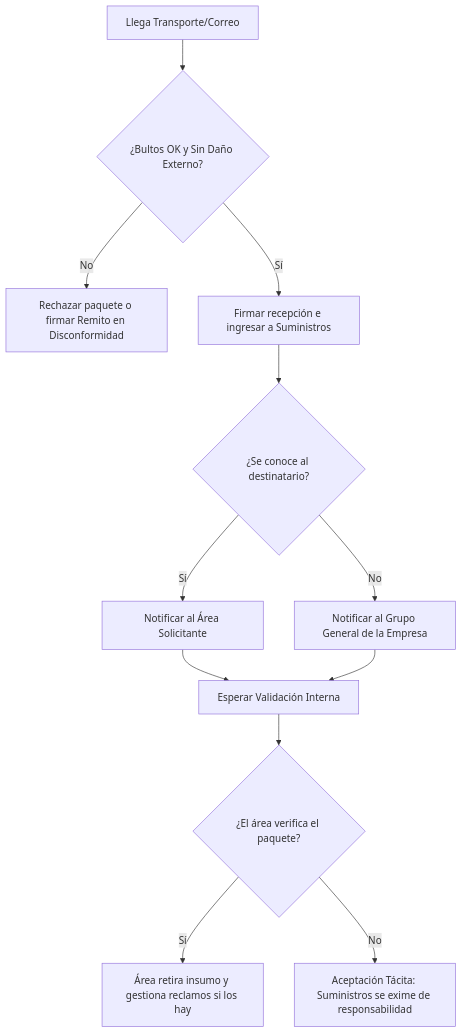
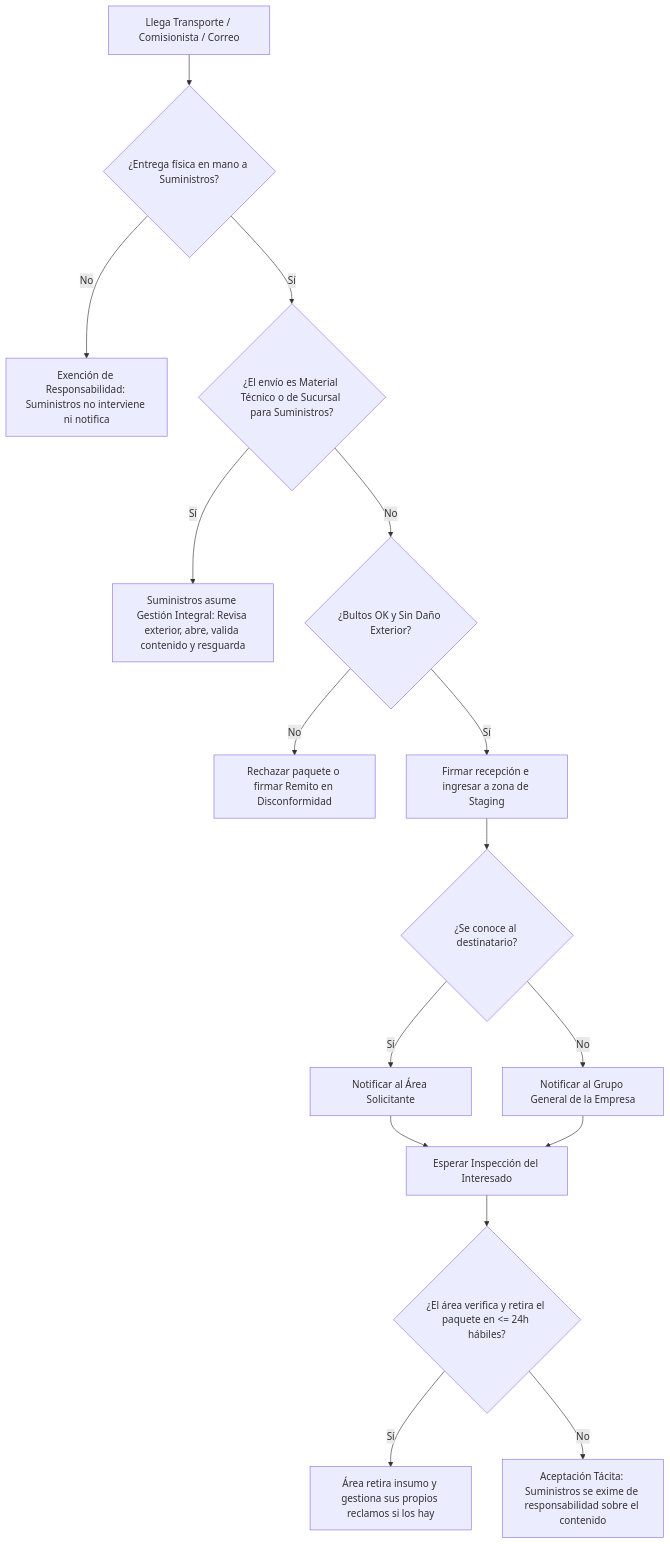
One commit to elingenierok/procedimientos-isp changed the diagram in docs/suministros-logistica/PR-ALM-001.md. Above: the diagram before and after it, drawn with Mermaid. The commit also changed other lines of this file, not shown here.

````diff
--- a/docs/suministros-logistica/PR-ALM-001.md
+++ b/docs/suministros-logistica/PR-ALM-001.md
@@ -48,14 +52,20 @@
 ```mermaid
 graph TD;
-    A[Llega Transporte/Correo] --> B{¿Bultos OK y Sin Daño Externo?};
-    B -- No --> C[Rechazar paquete o firmar Remito en Disconformidad];
-    B -- Sí --> D[Firmar recepción e ingresar a Suministros];
-    D --> E{¿Se conoce al destinatario?};
-    E -- Sí --> F[Notificar al Área Solicitante];
-    E -- No --> G[Notificar al Grupo General de la Empresa];
-    F --> H[Esperar Validación Interna];
-    G --> H;
-    H --> I{¿El área verifica el paquete?};
-    I -- Sí --> J[Área retira insumo y gestiona reclamos si los hay];
-    I -- No --> K[Aceptación Tácita: Suministros se exime de responsabilidad];
+    A["Llega Transporte / Comisionista / Correo"] --> B{"¿Entrega física en mano a Suministros?"};
+    B -- No --> C["Exención de Responsabilidad: Suministros no interviene ni notifica"];
+    B -- Sí --> D{"¿El envío es Material Técnico o de Sucursal para Suministros?"};
+    
+    D -- Sí --> E["Suministros asume Gestión Integral: Revisa exterior, abre, valida contenido y resguarda"];
+    
+    D -- No --> F{"¿Bultos OK y Sin Daño Exterior?"};
+    F -- No --> G["Rechazar paquete o firmar Remito en Disconformidad"];
+    F -- Sí --> H["Firmar recepción e ingresar a zona de Staging"];
+    H --> I{"¿Se conoce al destinatario?"};
+    I -- Sí --> J["Notificar al Área Solicitante"];
+    I -- No --> K["Notificar al Grupo General de la Empresa"];
+    J --> L["Esperar Inspección del Interesado"];
+    K --> L;
+    L --> M{"¿El área verifica y retira el paquete en <= 24h hábiles?"};
+    M -- Sí --> N["Área retira insumo y gestiona sus propios reclamos si los hay"];
+    M -- No --> O["Aceptación Tácita: Suministros se exime de responsabilidad sobre el contenido"];
 ```
````
